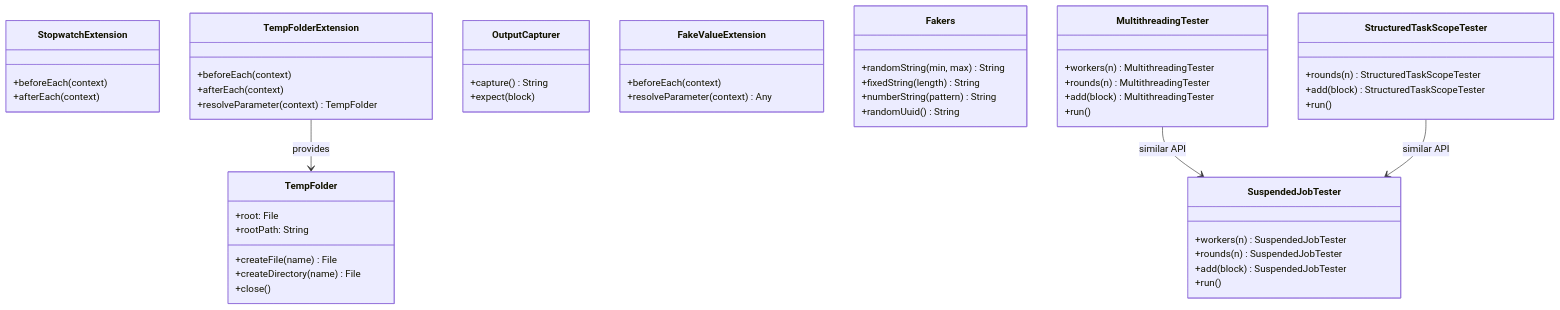
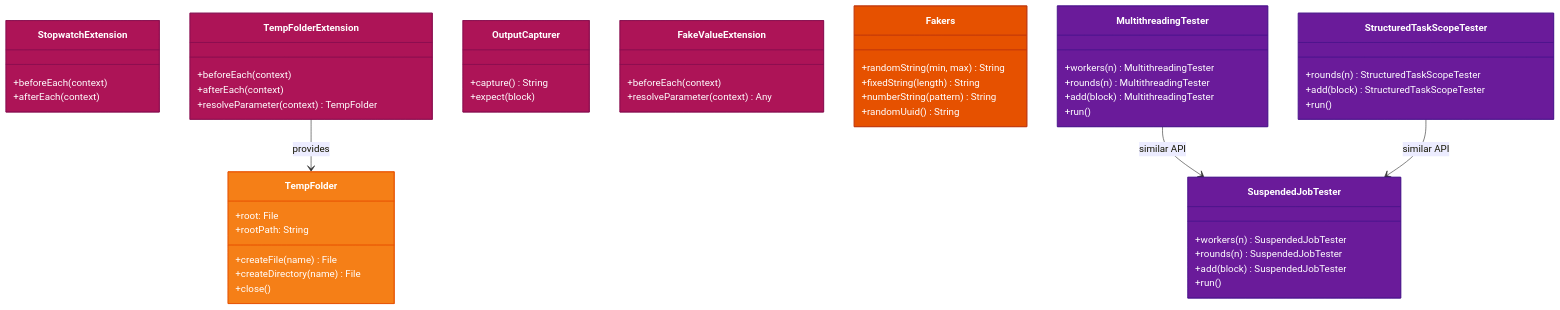
One commit to bluetape4k/bluetape4k-projects changed the second of 2 diagrams in testing/junit5/README.md. Above: the diagram before and after it, drawn with Mermaid. The commit also changed other lines of this file and 221 other files, not shown here.

First line of the commit message:
docs: 전체 모듈 README UML 다이어그램 보강 및 색상 업그레이드

````diff
--- a/testing/junit5/README.md
+++ b/testing/junit5/README.md
@@ -47,54 +66,64 @@
 ```mermaid
 classDiagram
     class StopwatchExtension {
         +beforeEach(context)
         +afterEach(context)
     }
     class TempFolderExtension {
         +beforeEach(context)
         +afterEach(context)
         +resolveParameter(context) TempFolder
     }
     class TempFolder {
         +root: File
         +rootPath: String
         +createFile(name) File
         +createDirectory(name) File
         +close()
     }
     class OutputCapturer {
         +capture() String
         +expect(block)
     }
     class FakeValueExtension {
         +beforeEach(context)
         +resolveParameter(context) Any
     }
     class Fakers {
         +randomString(min, max) String
         +fixedString(length) String
         +numberString(pattern) String
         +randomUuid() String
     }
     class MultithreadingTester {
         +workers(n) MultithreadingTester
         +rounds(n) MultithreadingTester
         +add(block) MultithreadingTester
         +run()
     }
     class SuspendedJobTester {
         +workers(n) SuspendedJobTester
         +rounds(n) SuspendedJobTester
         +add(block) SuspendedJobTester
         +run()
     }
     class StructuredTaskScopeTester {
         +rounds(n) StructuredTaskScopeTester
         +add(block) StructuredTaskScopeTester
         +run()
     }
 
     TempFolderExtension --> TempFolder : provides
     MultithreadingTester --> SuspendedJobTester : similar API
     StructuredTaskScopeTester --> SuspendedJobTester : similar API
+
+    style StopwatchExtension fill:#AD1457,stroke:#880E4F,color:#FFFFFF
+    style TempFolderExtension fill:#AD1457,stroke:#880E4F,color:#FFFFFF
+    style TempFolder fill:#F57F17,stroke:#E65100,color:#FFFFFF
+    style OutputCapturer fill:#AD1457,stroke:#880E4F,color:#FFFFFF
+    style FakeValueExtension fill:#AD1457,stroke:#880E4F,color:#FFFFFF
+    style Fakers fill:#E65100,stroke:#BF360C,color:#FFFFFF
+    style MultithreadingTester fill:#6A1B9A,stroke:#4A148C,color:#FFFFFF
+    style SuspendedJobTester fill:#6A1B9A,stroke:#4A148C,color:#FFFFFF
+    style StructuredTaskScopeTester fill:#6A1B9A,stroke:#4A148C,color:#FFFFFF
 ```
````
